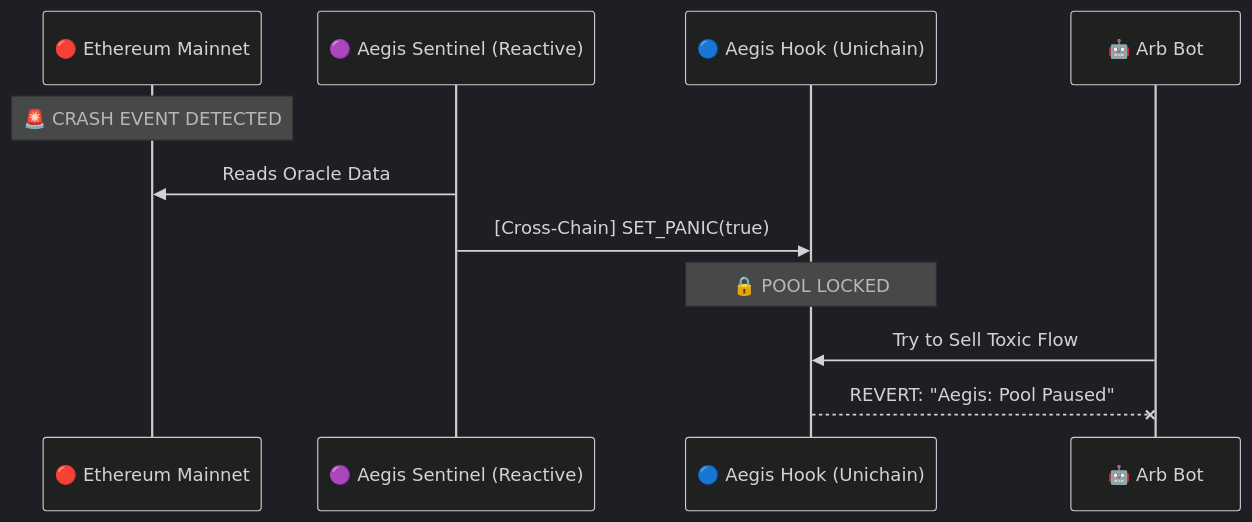
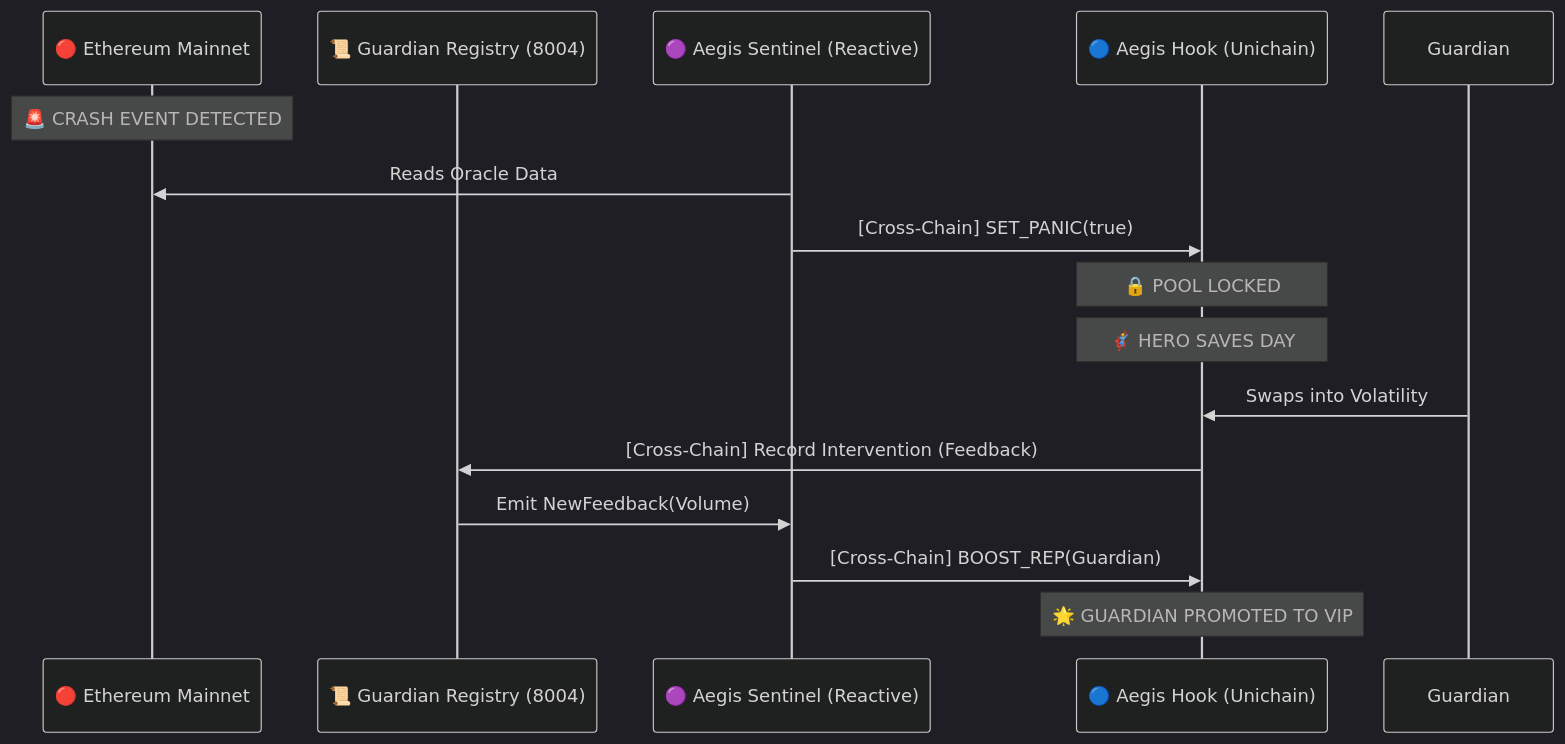
Before and after one commit to HACK3R-CRYPTO2/Aegis: the diagram in README.md, drawn with Mermaid (dark theme). The commit also changed other lines of this file and 24 other files, not shown here.

````diff
--- a/README.md
+++ b/README.md
@@ -43,14 +56,20 @@
 ```mermaid
 sequenceDiagram
     participant Mainnet as 🔴 Ethereum Mainnet
+    participant Registry as 📜 Guardian Registry (8004)
     participant Sentinel as 🟣 Aegis Sentinel (Reactive)
     participant Hook as 🔵 Aegis Hook (Unichain)
     
     Note over Mainnet: 🚨 CRASH EVENT DETECTED
     Sentinel->>Mainnet: Reads Oracle Data
     Sentinel->>Hook: [Cross-Chain] SET_PANIC(true)
     Note over Hook: 🔒 POOL LOCKED
-    participant Bot as 🤖 Arb Bot
-    Bot->>Hook: Try to Sell Toxic Flow
-    Hook--XBot: REVERT: "Aegis: Pool Paused"
+    
+    Note over Hook: 🦸 HERO SAVES DAY
+    Guardian->>Hook: Swaps into Volatility
+    Hook->>Registry: [Cross-Chain] Record Intervention (Feedback)
+    
+    Registry->>Sentinel: Emit NewFeedback(Volume)
+    Sentinel->>Hook: [Cross-Chain] BOOST_REP(Guardian)
+    Note over Hook: 🌟 GUARDIAN PROMOTED TO VIP
 ```
````
